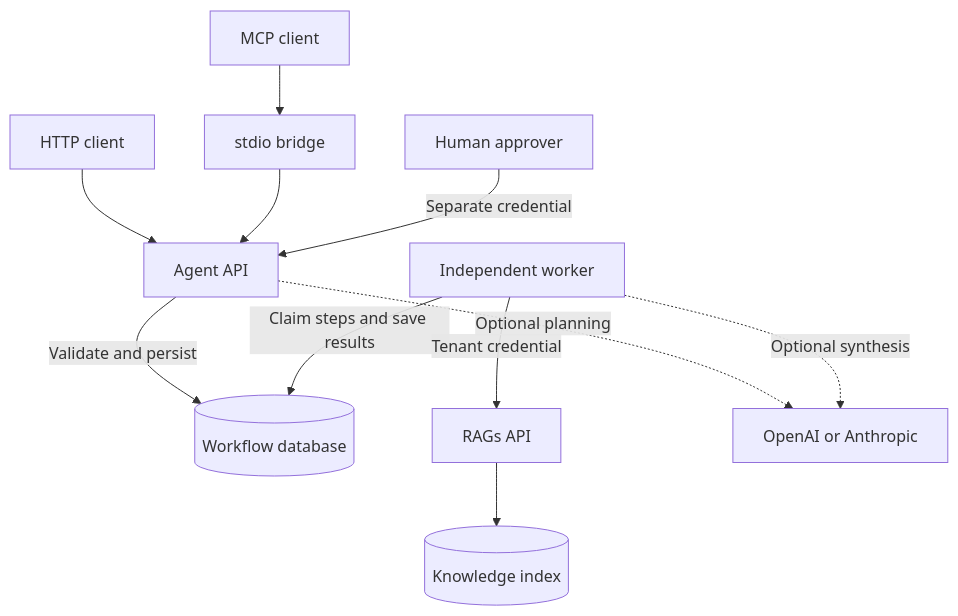
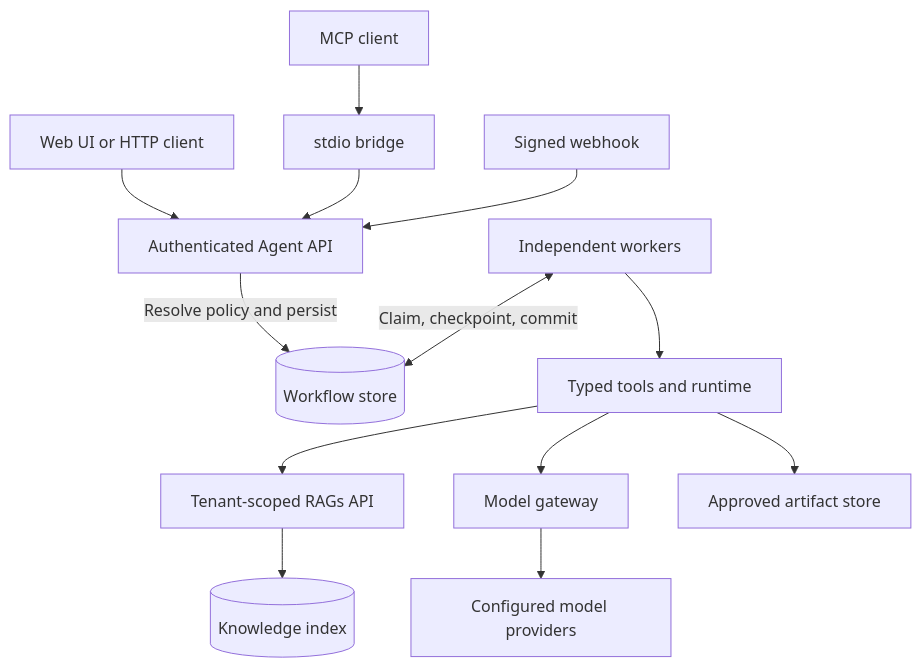
One commit to MasterLKH180cm/agentic-system changed the first of 3 diagrams in README.md. Above: the diagram before and after it, drawn with Mermaid. The commit also changed other lines of this file and 32 other files, not shown here.

First line of the commit message:
feat: implement v0.2 agent runtime and control plane

````diff
--- a/README.md
+++ b/README.md
@@ -66,13 +60,15 @@
 ```mermaid
 flowchart TD
-    Client["HTTP client"] --> API["Agent API"]
+    Client["Web UI or HTTP client"] --> API["Authenticated Agent API"]
     MCP["MCP client"] --> Bridge["stdio bridge"]
     Bridge --> API
-    Approver["Human approver"] -->|Separate credential| API
-    API -->|Validate and persist| DB[("Workflow database")]
-    Worker["Independent worker"] -->|Claim steps and save results| DB
-    Worker -->|Tenant credential| RAG["RAGs API"]
+    Hook["Signed webhook"] --> API
+    API -->|Resolve policy and persist| Store[("Workflow store")]
+    Worker["Independent workers"] <-->|Claim, checkpoint, commit| Store
+    Worker --> Tools["Typed tools and runtime"]
+    Tools --> RAG["Tenant-scoped RAGs API"]
+    Tools --> Gateway["Model gateway"]
+    Tools --> Artifacts["Approved artifact store"]
+    Gateway --> Models["Configured model providers"]
     RAG --> Index[("Knowledge index")]
-    API -.->|Optional planning| Models["OpenAI or Anthropic"]
-    Worker -.->|Optional synthesis| Models
 ```
````
